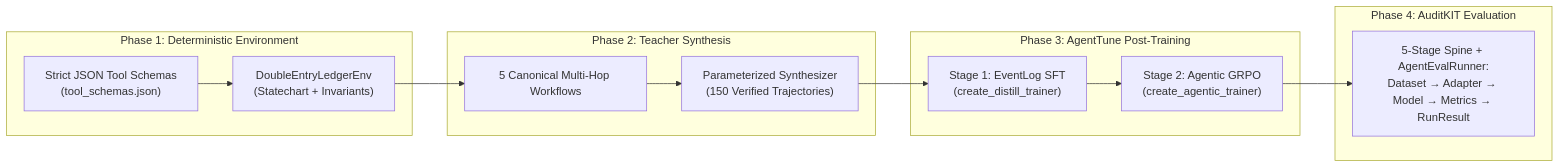
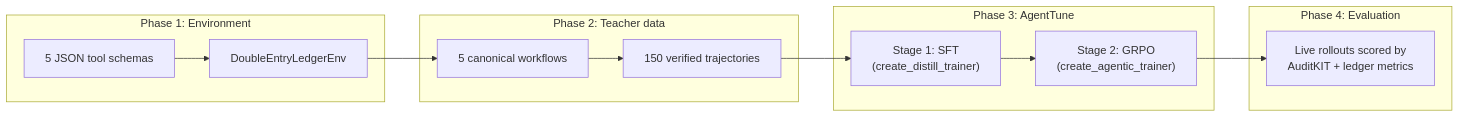
The second of 2 diagrams in README.md (yashaswini450/LedgerTune), drawn with Mermaid before and after one commit. The commit also changed other lines of this file and 8 other files, not shown here.

````diff
--- a/README.md
+++ b/README.md
@@ -89,28 +104,19 @@
 ```mermaid
 flowchart LR
-    subgraph Phase1["Phase 1: Deterministic Environment"]
-        S["Strict JSON Tool Schemas\n(tool_schemas.json)"]
-        E["DoubleEntryLedgerEnv\n(Statechart + Invariants)"]
+    subgraph P1["Phase 1: Environment"]
+        S["5 JSON tool schemas"]
+        E["DoubleEntryLedgerEnv"]
     end
-
-    subgraph Phase2["Phase 2: Teacher Synthesis"]
-        C["5 Canonical Multi-Hop Workflows"]
-        P["Parameterized Synthesizer\n(150 Verified Trajectories)"]
+    subgraph P2["Phase 2: Teacher data"]
+        C["5 canonical workflows"]
+        P["150 verified trajectories"]
     end
-
-    subgraph Phase3["Phase 3: AgentTune Post-Training"]
-        SFT["Stage 1: EventLog SFT\n(create_distill_trainer)"]
-        GRPO["Stage 2: Agentic GRPO\n(create_agentic_trainer)"]
+    subgraph P3["Phase 3: AgentTune"]
+        SFT["Stage 1: SFT\n(create_distill_trainer)"]
+        GRPO["Stage 2: GRPO\n(create_agentic_trainer)"]
     end
-
-    subgraph Phase4["Phase 4: AuditKIT Evaluation"]
-        AK["5-Stage Spine + AgentEvalRunner:\nDataset → Adapter → Model → Metrics → RunResult"]
+    subgraph P4["Phase 4: Evaluation"]
+        AK["Live rollouts scored by\nAuditKIT + ledger metrics"]
     end
-
-    S --> E
-    E --> C
-    C --> P
-    P --> SFT
-    SFT --> GRPO
-    GRPO --> AK
+    S --> E --> C --> P --> SFT --> GRPO --> AK
 ```
````
